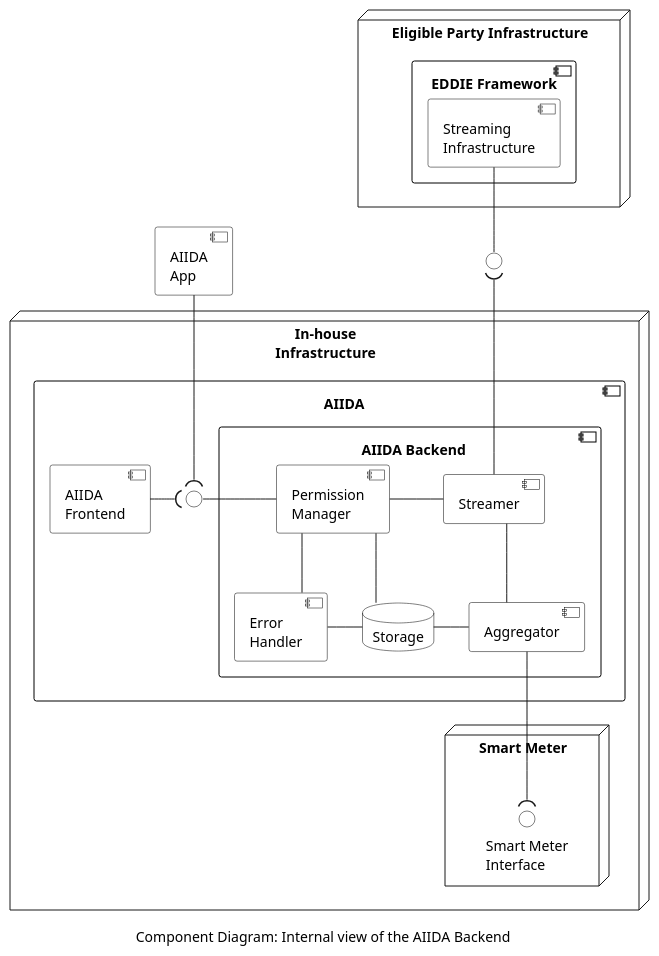
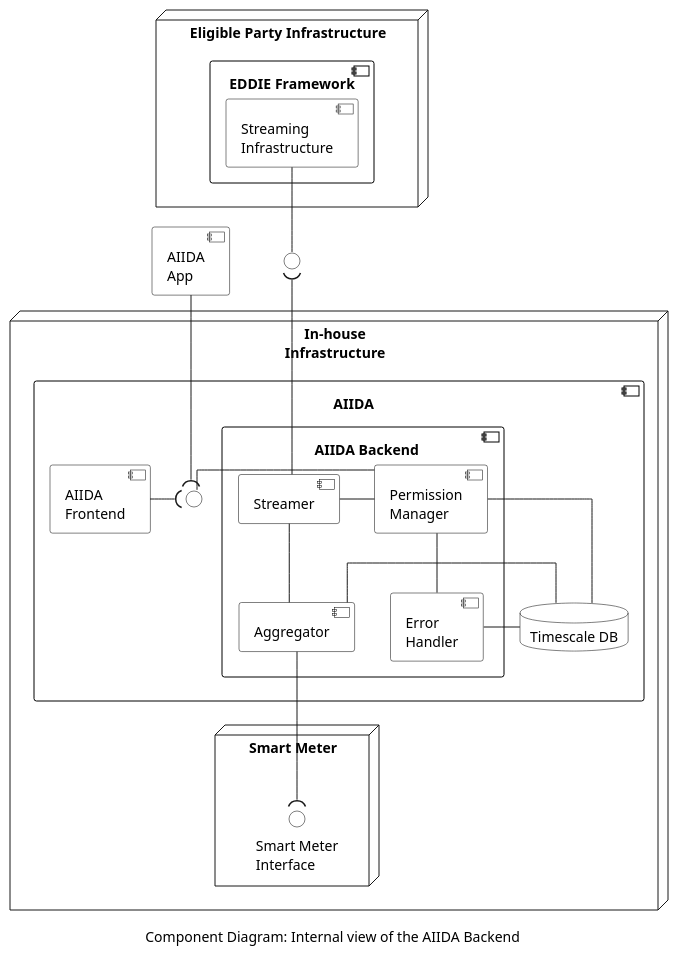
Before and after one commit to eddie-energy/architecture: the diagram in arc42/aiida/building_block_view/embedded_app/figures/aiida-backend.puml, drawn with PlantUML. The commit also changed 2 other files, not shown here.

Commit message:
timescale db backend

```diff
--- a/arc42/aiida/building_block_view/embedded_app/figures/aiida-backend.puml
+++ b/arc42/aiida/building_block_view/embedded_app/figures/aiida-backend.puml
@@ -1,69 +1,70 @@
 @startuml aiida-backend
 'component diagram
 caption Component Diagram: Internal view of the AIIDA Backend
 
 skinparam linetype ortho
 skinparam interface {
   backgroundColor transparent
   borderColor black
 }
 skinparam component{
   BorderColor black
   BackgroundColor transparent
 }
 skinparam actor{
   BorderColor black
   BackgroundColor transparent
 }
 skinparam database{
   BorderColor black
   BackgroundColor transparent
 }
 skinparam rectangle{
   BorderColor black
   BackgroundColor transparent
 }
 
 node "Eligible Party Infrastructure"  as epInfra{
   component "EDDIE Framework" {
 
     component "Streaming\nInfrastructure" as streaming
   }
 }
 node "In-house\nInfrastructure" {
   component "\tAIIDA" as aiida {
+    database "Timescale DB" as storage
     component "AIIDA\nFrontend" as frontend
     component "  AIIDA Backend" as backend{
       component "Aggregator" as aggregator
       component "Streamer" as streamer
       component "Permission\nManager" as permissionManager
       component "Error\nHandler" as errorHandler
-      database "Storage" as storage
+      
     }
     interface " " as aiidaAPI
 
     streamer -down- aggregator
     frontend -right-( aiidaAPI
     aiidaAPI -right- permissionManager
     ' aiidaAPI -right- errorHandler
     permissionManager -down- errorHandler
     permissionManager -right- streamer
 
     errorHandler -right- storage
     storage -right- aggregator
     permissionManager -down- storage
   }
   node "Smart Meter" as meter {
     interface "Smart Meter\nInterface" as p1
   }
   aggregator -down-( p1
 }
 interface " " as streamAPI
 component "AIIDA\nApp" as app
 
 streaming -down- streamAPI
 streamer -up-( streamAPI
 
 app -down-( aiidaAPI
 
 @enduml
```
